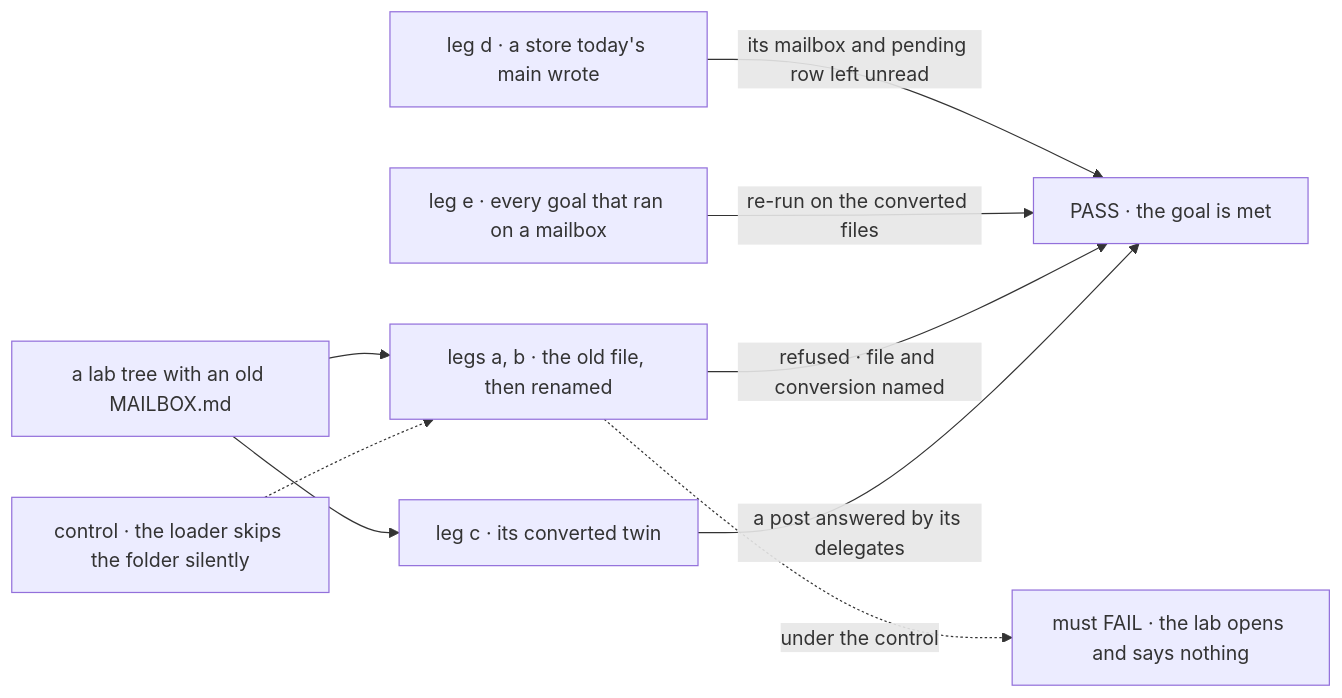
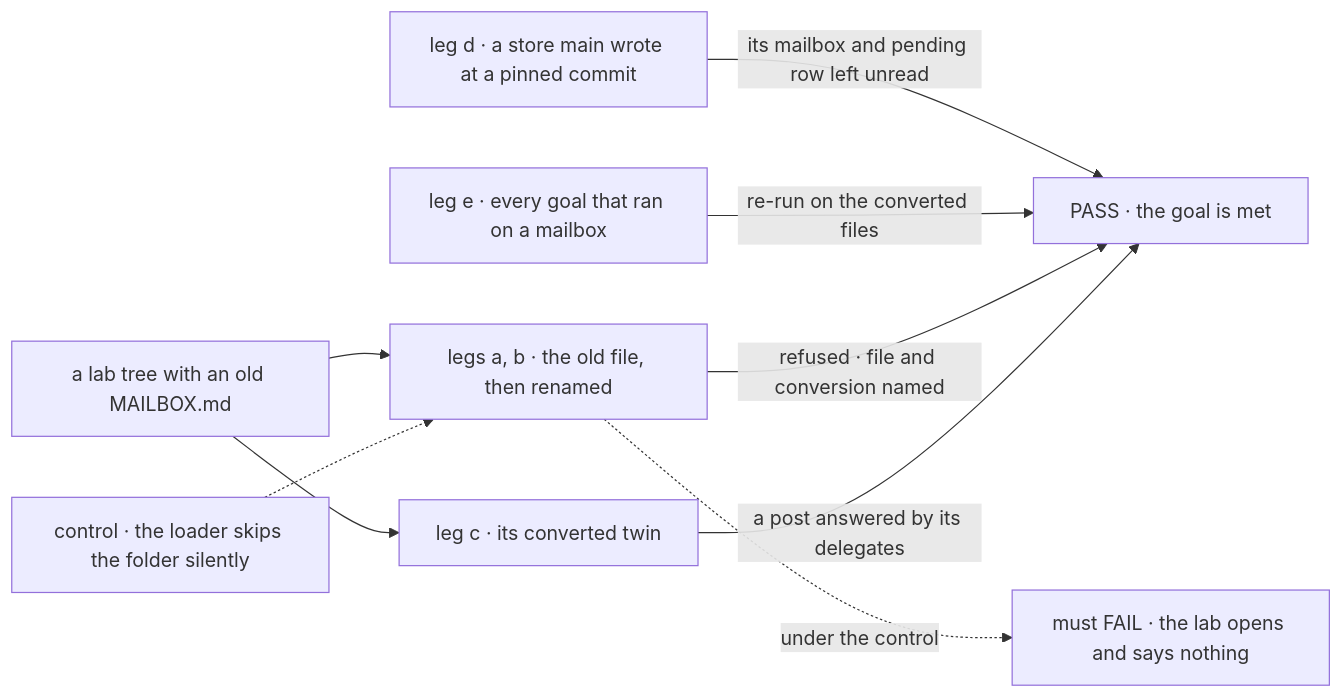
One commit to fixpoint-labs/flow-state-dev changed the first of 2 diagrams in specs/issues/FIX-1792/SPEC.md. Above: the diagram before and after it, drawn with Mermaid. The commit also changed other lines of this file and 7 other files, not shown here.

````diff
--- a/specs/issues/FIX-1792/SPEC.md
+++ b/specs/issues/FIX-1792/SPEC.md
@@ -35,11 +35,11 @@
 ```mermaid
 flowchart LR
   T["a lab tree with an old MAILBOX.md"] --> A["legs a, b · the old file, then renamed"]
   T --> C["leg c · its converted twin"]
-  D["leg d · a store today's main wrote"] -->|"its mailbox and pending row left unread"| P["PASS · the goal is met"]
+  D["leg d · a store main wrote at a pinned commit"] -->|"its mailbox and pending row left unread"| P["PASS · the goal is met"]
   E["leg e · every goal that ran on a mailbox"] -->|"re-run on the converted files"| P
   A -->|"refused · file and conversion named"| P
   C -->|"a post answered by its delegates"| P
   X["control · the loader skips the folder silently"] -.-> A
   A -.->|"under the control"| F["must FAIL · the lab opens and says nothing"]
 ```
````
